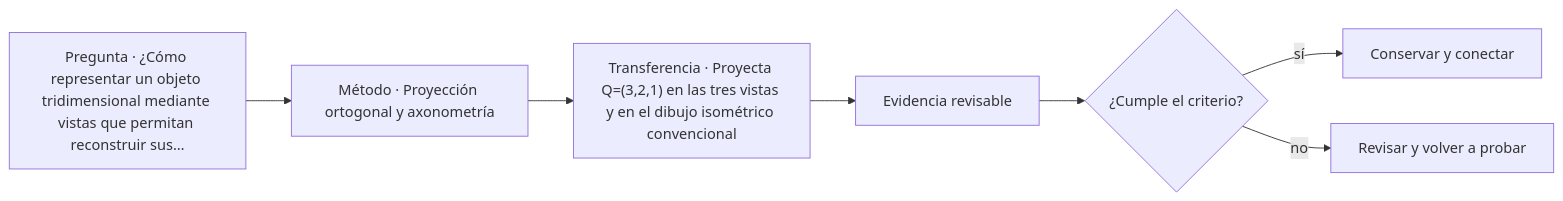
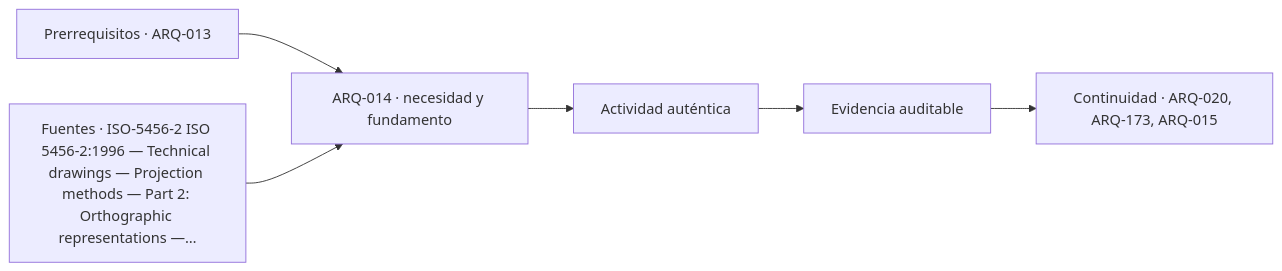
The diagram in classes/parte-02/ARQ-014.md (vladimiracunadev-create/architecture-built-environment-learning-program), drawn with Mermaid before and after one commit. The commit also changed other lines of this file and 761 other files, not shown here.

````diff
--- a/classes/parte-02/ARQ-014.md
+++ b/classes/parte-02/ARQ-014.md
@@ -131,9 +143,8 @@
 ```mermaid
 flowchart LR
-    Q["Pregunta · ¿Cómo representar un objeto tridimensional mediante vistas que permitan reconstruir sus…"] --> M["Método · Proyección ortogonal y axonometría"]
-    M --> P["Transferencia · Proyecta Q=(3,2,1) en las tres vistas y en el dibujo isométrico convencional"]
-    P --> E["Evidencia revisable"]
-    E --> C{"¿Cumple el criterio?"}
-    C -->|sí| T["Conservar y conectar"]
-    C -->|no| R["Revisar y volver a probar"]
+    A["Prerrequisitos · ARQ-013"] --> B["ARQ-014 · necesidad y fundamento"]
+    S["Fuentes · ISO-5456-2 ISO 5456-2:1996 — Technical drawings — Projection methods — Part 2: Orthographic representations —…"] --> B
+    B --> C["Actividad auténtica"]
+    C --> D["Evidencia auditable"]
+    D --> E["Continuidad · ARQ-020, ARQ-173, ARQ-015"]
 ```
````
